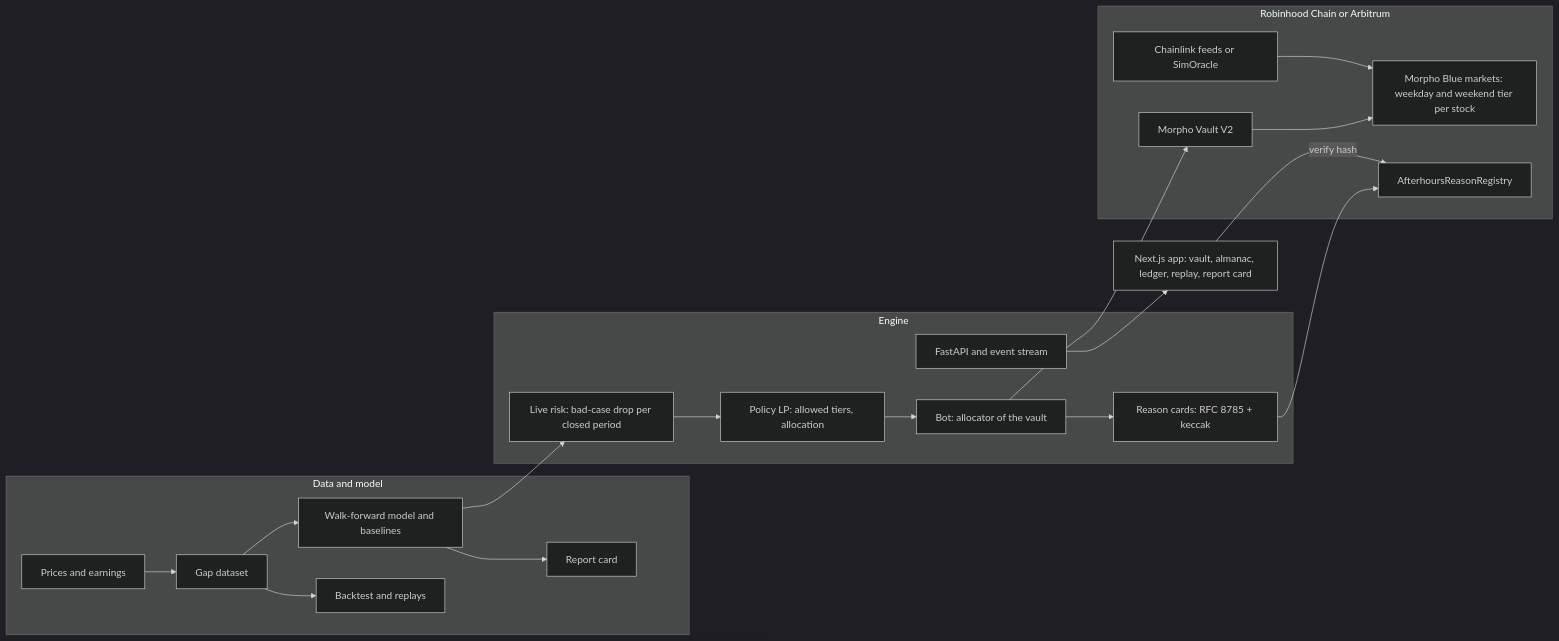
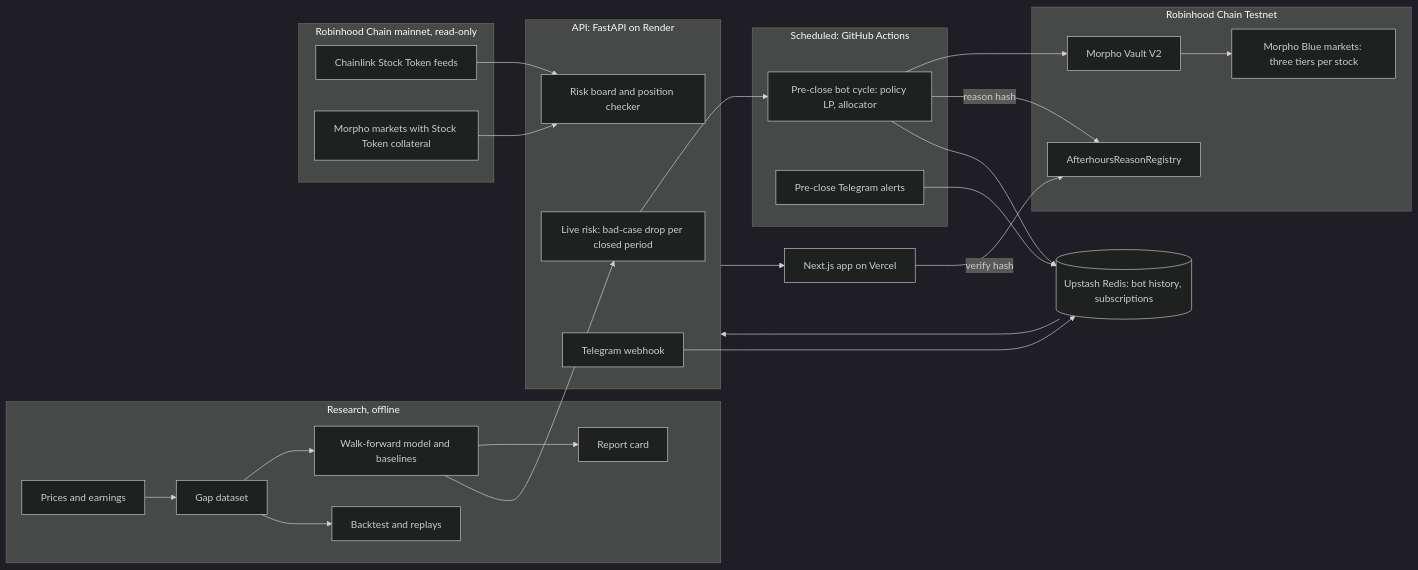
The diagram in README.md (bytes06runner/AfterHours), drawn with Mermaid (dark theme) before and after one commit. The commit also changed other lines of this file and 2 other files, not shown here.

First line of the commit message:
README: live links and screenshots first, clearer structure, hosted architecture

````diff
--- a/README.md
+++ b/README.md
@@ -145,26 +191,40 @@
 ```mermaid
 flowchart LR
-  subgraph data[Data and model]
+  subgraph research[Research, offline]
     P[Prices and earnings] --> G[Gap dataset]
     G --> M[Walk-forward model and baselines]
     M --> RC[Report card]
     G --> BT[Backtest and replays]
   end
-  subgraph engine[Engine]
-    R[Live risk: bad-case drop per closed period] --> LP[Policy LP: allowed tiers, allocation]
-    LP --> BOT[Bot: allocator of the vault]
-    BOT --> RS[Reason cards: RFC 8785 + keccak]
-    API[FastAPI and event stream]
+  subgraph api[API: FastAPI on Render]
+    R[Live risk: bad-case drop per closed period]
+    LIVE[Risk board and position checker]
+    TGW[Telegram webhook]
   end
-  subgraph chain[Robinhood Chain or Arbitrum]
-    V[Morpho Vault V2] --> MK[Morpho Blue markets: weekday and weekend tier per stock]
+  subgraph jobs[Scheduled: GitHub Actions]
+    BOT[Pre-close bot cycle: policy LP, allocator]
+    AL[Pre-close Telegram alerts]
+  end
+  subgraph testnet[Robinhood Chain Testnet]
+    V[Morpho Vault V2] --> MK[Morpho Blue markets: three tiers per stock]
     REG[AfterhoursReasonRegistry]
-    O[Chainlink feeds or SimOracle]
   end
+  subgraph mainnet[Robinhood Chain mainnet, read-only]
+    FEEDS[Chainlink Stock Token feeds]
+    MM[Morpho markets with Stock Token collateral]
+  end
+  KV[(Upstash Redis: bot history, subscriptions)]
+  WEB[Next.js app on Vercel]
   M --> R
+  R --> BOT
   BOT --> V
-  RS --> REG
-  O --> MK
-  API --> WEB[Next.js app: vault, almanac, ledger, replay, report card]
+  BOT -- reason hash --> REG
+  BOT --> KV
+  AL --> KV
+  TGW --> KV
+  FEEDS --> LIVE
+  MM --> LIVE
+  KV --> api
+  api --> WEB
   WEB -- verify hash --> REG
 ```
````
